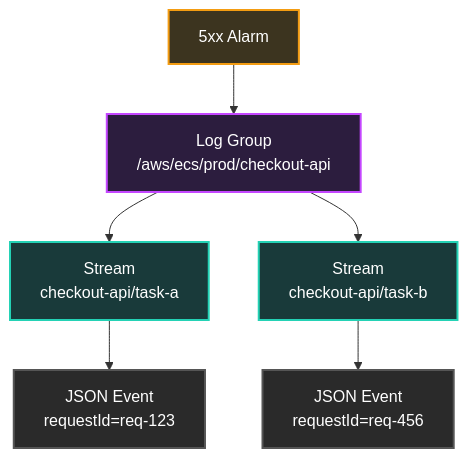
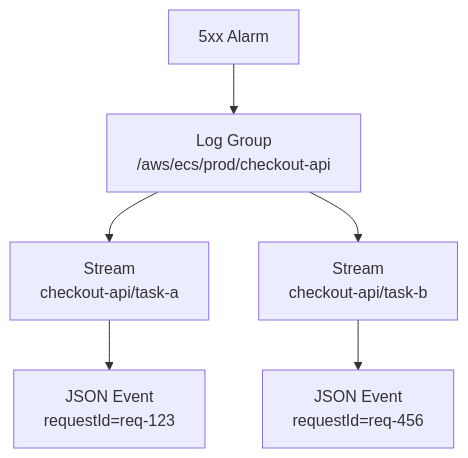
Before and after one commit to senlinyy/dev-roadmaps: the first of 2 diagrams in cloud-providers/aws/observability/03-cloudwatch-logs-and-logs-insights.md, drawn with Mermaid. The commit also changed other lines of this file and 152 other files, not shown here.

Commit message:
feat: mlops and diagrams updated

````diff
--- a/cloud-providers/aws/observability/03-cloudwatch-logs-and-logs-insights.md
+++ b/cloud-providers/aws/observability/03-cloudwatch-logs-and-logs-insights.md
@@ -59,13 +59,8 @@
 ```mermaid
 graph TB
     Alarm[5xx Alarm]:::signal --> Group[Log Group<br/>/aws/ecs/prod/checkout-api]:::store
     Group --> StreamA[Stream<br/>checkout-api/task-a]:::source
     Group --> StreamB[Stream<br/>checkout-api/task-b]:::source
     StreamA --> Event1[JSON Event<br/>requestId=req-123]:::event
     StreamB --> Event2[JSON Event<br/>requestId=req-456]:::event
-
-    classDef signal fill:#3c341f,stroke:#f39c12,stroke-width:2px,color:#fff
-    classDef store fill:#2c1d3e,stroke:#c446ff,stroke-width:2px,color:#fff
-    classDef source fill:#193a3a,stroke:#24d2b5,stroke-width:2px,color:#fff
-    classDef event fill:#2a2a2a,stroke:#555,stroke-width:2px,color:#fff
 ```
````
